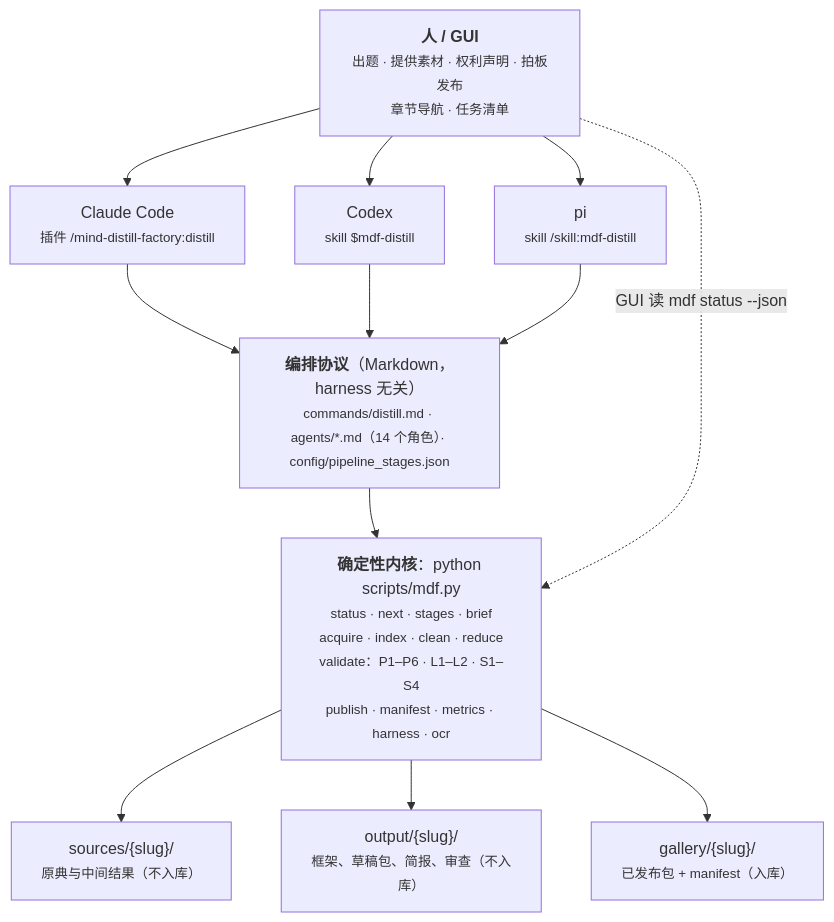
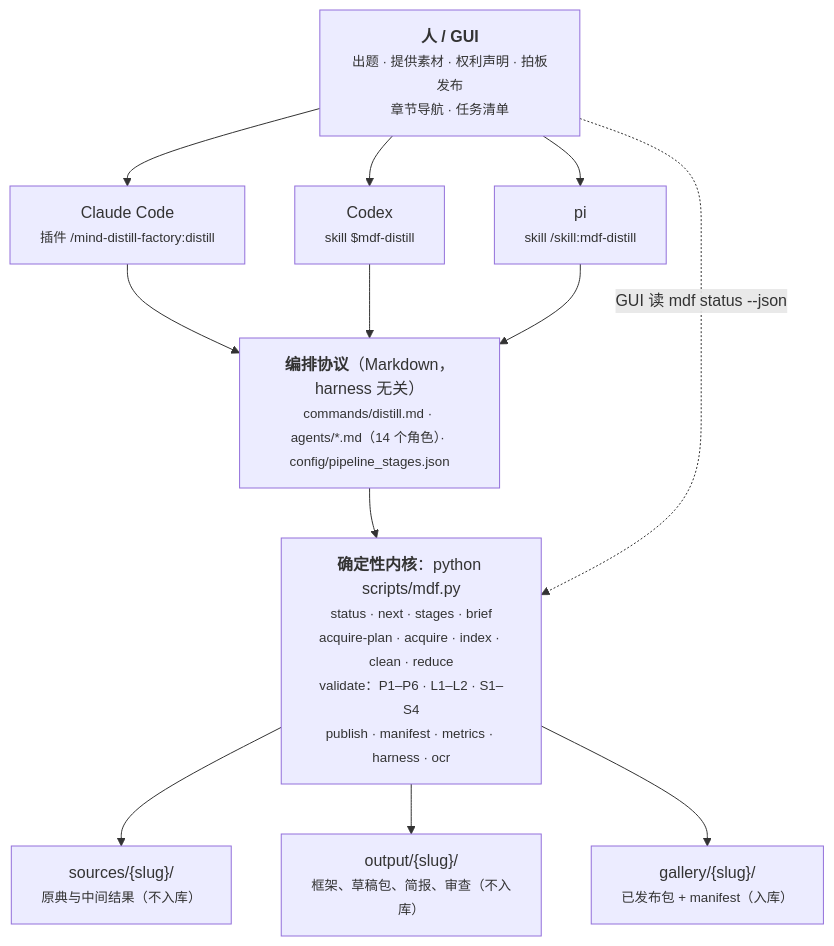
Before and after one commit to 20240610ldx-hub/Mind-Distill-Factory: the first of 6 diagrams in docs/architecture.md, drawn with Mermaid. The commit also changed other lines of this file and 12 other files, not shown here.

````diff
--- a/docs/architecture.md
+++ b/docs/architecture.md
@@ -11,17 +11,17 @@
 ```mermaid
 flowchart TB
     U["<b>人 / GUI</b><br/><small>出题 · 提供素材 · 权利声明 · 拍板发布<br/>章节导航 · 任务清单</small>"]
     CC["Claude Code<br/><small>插件 /mind-distill-factory:distill</small>"]
     CX["Codex<br/><small>skill $mdf-distill</small>"]
     PI["pi<br/><small>skill /skill:mdf-distill</small>"]
     P["<b>编排协议</b>（Markdown，harness 无关）<br/><small>commands/distill.md · agents/*.md（14 个角色）· config/pipeline_stages.json</small>"]
-    K["<b>确定性内核</b>：python scripts/mdf.py<br/><small>status · next · stages · brief<br/>acquire · index · clean · reduce<br/>validate：P1–P6 · L1–L2 · S1–S4<br/>publish · manifest · metrics · harness · ocr</small>"]
+    K["<b>确定性内核</b>：python scripts/mdf.py<br/><small>status · next · stages · brief<br/>acquire-plan · acquire · index · clean · reduce<br/>validate：P1–P6 · L1–L2 · S1–S4<br/>publish · manifest · metrics · harness · ocr</small>"]
     S["sources/{slug}/<br/><small>原典与中间结果（不入库）</small>"]
     O["output/{slug}/<br/><small>框架、草稿包、简报、审查（不入库）</small>"]
     G["gallery/{slug}/<br/><small>已发布包 + manifest（入库）</small>"]
     U --> CC & CX & PI
     CC & CX & PI --> P
     P --> K
     K --> S & O & G
     U -. GUI 读 mdf status --json .-> K
 ```
````
